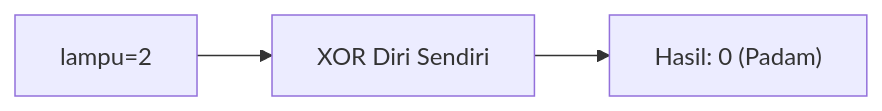
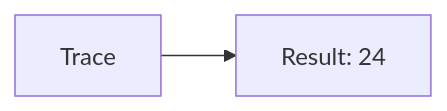
Diagram 13 of 25 in part-c-pemahaman-cpp/06-bitwise/latihan/set-03.md (amnahwaida/OSNK_INF_PREP), drawn with Mermaid before and after one commit. The commit also changed other lines of this file and 71 other files, not shown here.

````diff
--- a/part-c-pemahaman-cpp/06-bitwise/latihan/set-03.md
+++ b/part-c-pemahaman-cpp/06-bitwise/latihan/set-03.md
@@ -346,5 +274,4 @@
 ```mermaid
 graph LR
-A["lampu=2"] --> B["XOR Diri Sendiri"]
-B --> C["Hasil: 0 (Padam)"]
+A[Trace] --> B[Result: 24]
 ```
````
